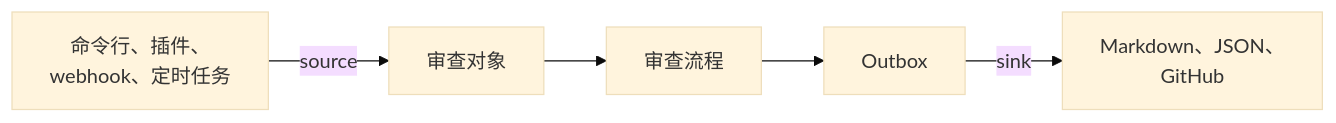
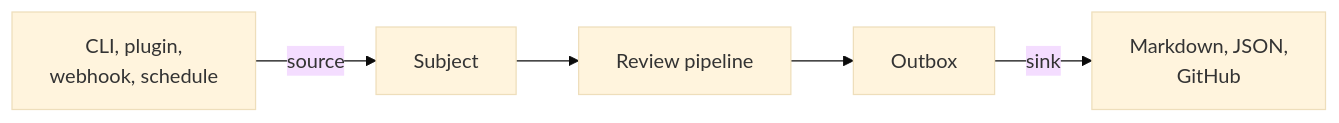
One commit to Pleasurecruise/eyeful changed the second of 4 diagrams in docs/zh/ARCHITECTURE.md. Above: the diagram before and after it, drawn with Mermaid (base theme). The commit also changed other lines of this file and 51 other files, not shown here.

````diff
--- a/docs/zh/ARCHITECTURE.md
+++ b/docs/zh/ARCHITECTURE.md
@@ -121,7 +119,7 @@
 ```mermaid
 flowchart LR
-    producers["命令行、插件、<br/>webhook、定时任务"] -->|source| subject["审查对象"]
-    subject --> pipeline["审查流程"]
+    producers["CLI, plugin,<br/>webhook, schedule"] -->|source| subject["Subject"]
+    subject --> pipeline["Review pipeline"]
     pipeline --> outbox["Outbox"]
-    outbox -->|sink| consumers["Markdown、JSON、<br/>GitHub"]
+    outbox -->|sink| consumers["Markdown, JSON,<br/>GitHub"]
 ```
````
